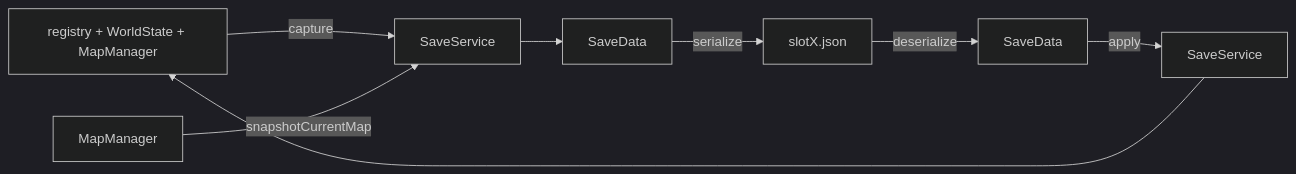
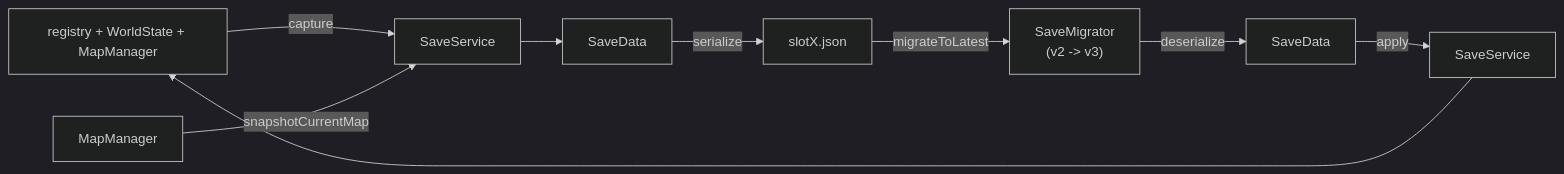
One commit to WispSnow/TinyFarmRPG changed the second of 2 diagrams in docs/save_and_flow.md. Above: the diagram before and after it, drawn with Mermaid (dark theme). The commit also changed other lines of this file and 10 other files, not shown here.

Commit message:
实现存档升级到Schema v3，新增`SaveMigrator`以支持从v2到v3的迁移。更新`SaveData`结构以包含新字段`quest_state`、`skill_state`、`appearance_state`和`combat_state`，并在序列化和反序列化过程中处理这些字段。完善`SaveService`以在加载存档时执行迁移。新增相关测试以确保迁移和新字段的正确性，所有测试已通过。

````diff
--- a/docs/save_and_flow.md
+++ b/docs/save_and_flow.md
@@ -27,15 +27,16 @@
 ```mermaid
 flowchart LR
   %% Save path
   World["registry + WorldState + MapManager"] -->|capture| SaveSvcSave["SaveService"]
   SaveSvcSave --> SaveData["SaveData"]
   SaveData -->|serialize| JSON["slotX.json"]
 
   %% Load path
-  JSON -->|deserialize| SaveData2["SaveData"]
+  JSON -->|migrateToLatest| Migrator["SaveMigrator\n(v2 -> v3)"]
+  Migrator -->|deserialize| SaveData2["SaveData"]
   SaveData2 -->|apply| SaveSvcLoad["SaveService"]
   SaveSvcLoad --> World
 
   %% Invariant
   MapMgr["MapManager"] -->|snapshotCurrentMap| SaveSvcSave
 ```
````
